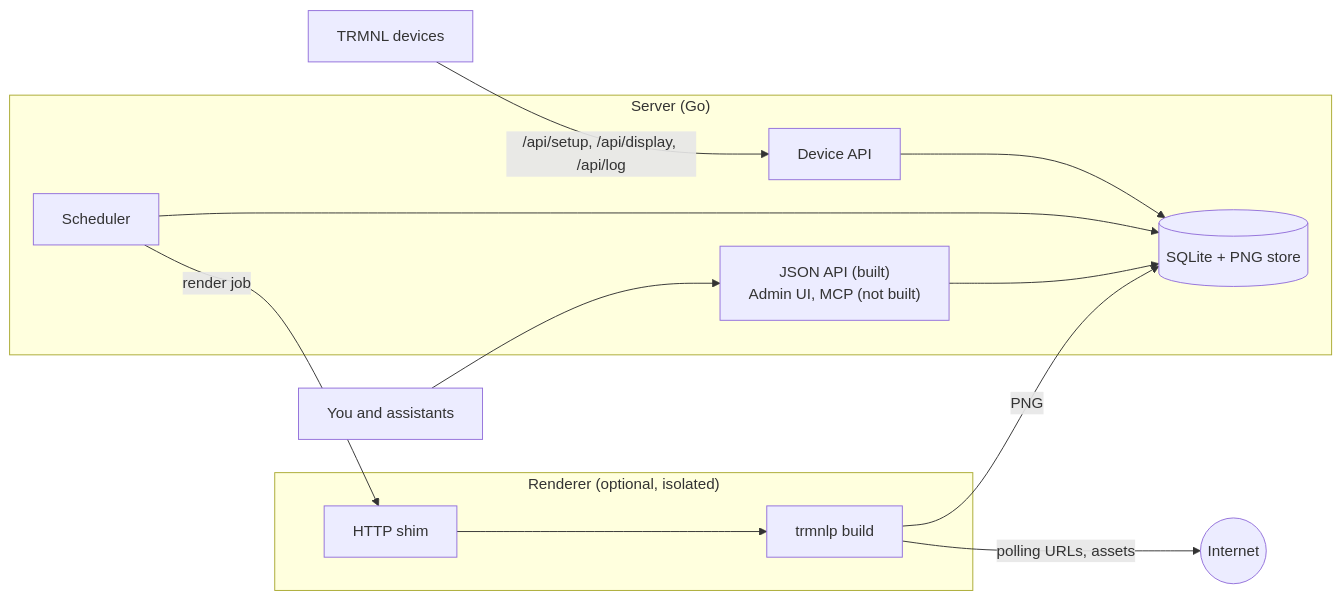
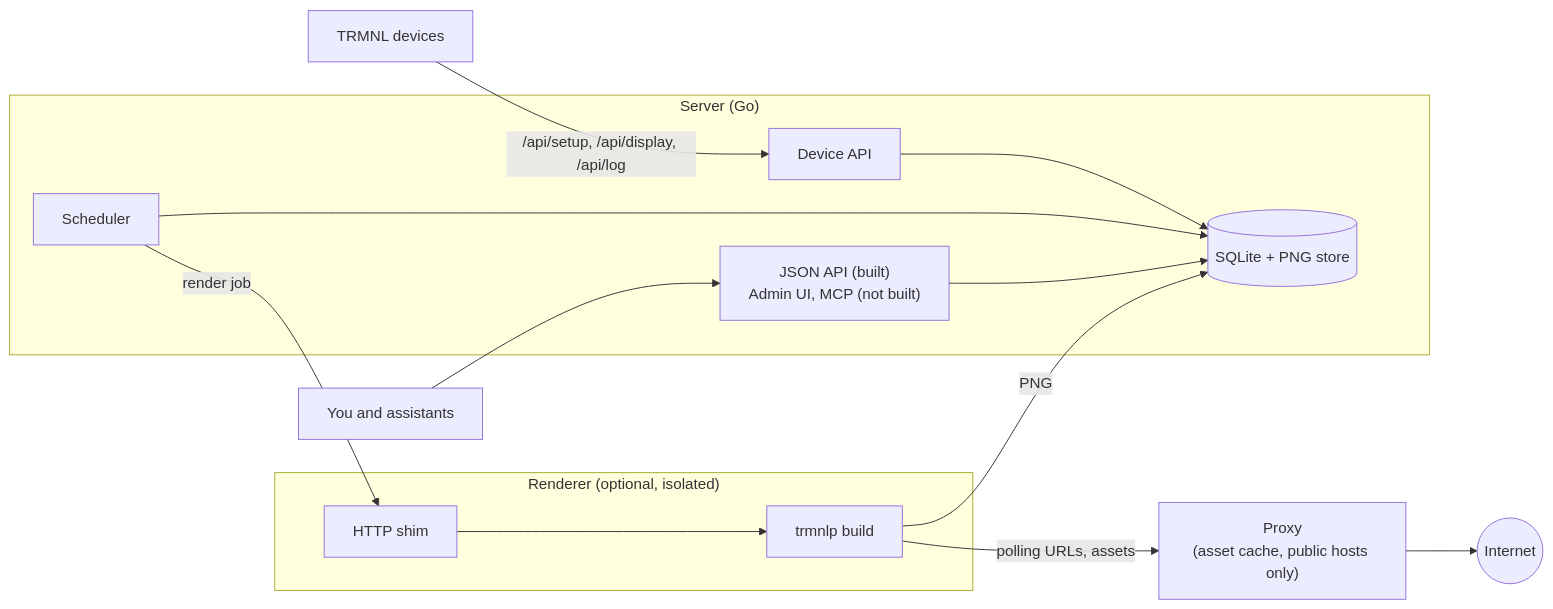
The diagram in docs/design.md (die-net/trmnl-byos-go), drawn with Mermaid before and after one commit. The commit also changed other lines of this file and 9 other files, not shown here.

````diff
--- a/docs/design.md
+++ b/docs/design.md
@@ -40,23 +40,24 @@
 ```mermaid
 flowchart LR
   devices["TRMNL devices"] -->|"/api/setup, /api/display, /api/log"| api
 
   subgraph server["Server (Go)"]
     api["Device API"]
     sched["Scheduler"]
     store[("SQLite + PNG store")]
     admin["JSON API (built)<br/>Admin UI, MCP (not built)"]
     api --> store
     sched --> store
     admin --> store
   end
 
   subgraph renderer["Renderer (optional, isolated)"]
     shim["HTTP shim"] --> build["trmnlp build"]
   end
 
   you["You and assistants"] --> admin
   sched -->|"render job"| shim
   build -->|"PNG"| store
-  build -->|"polling URLs, assets"| internet(("Internet"))
+  build -->|"polling URLs, assets"| proxy["Proxy<br/>(asset cache, public hosts only)"]
+  proxy --> internet(("Internet"))
 ```
````
